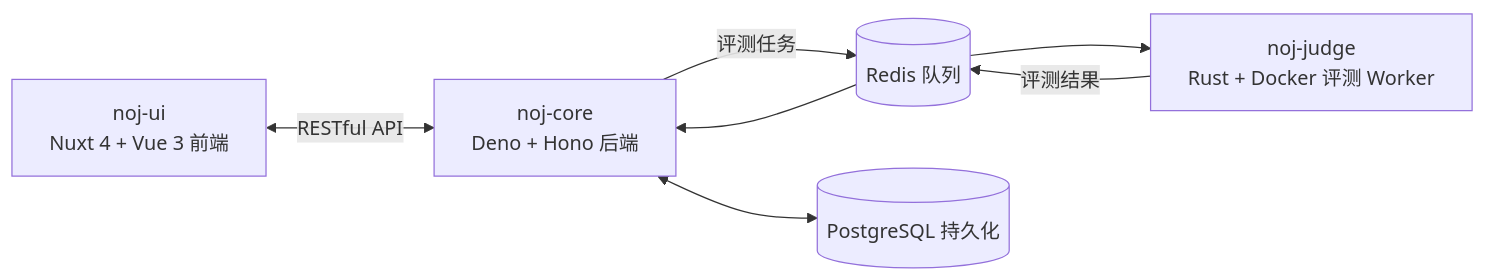
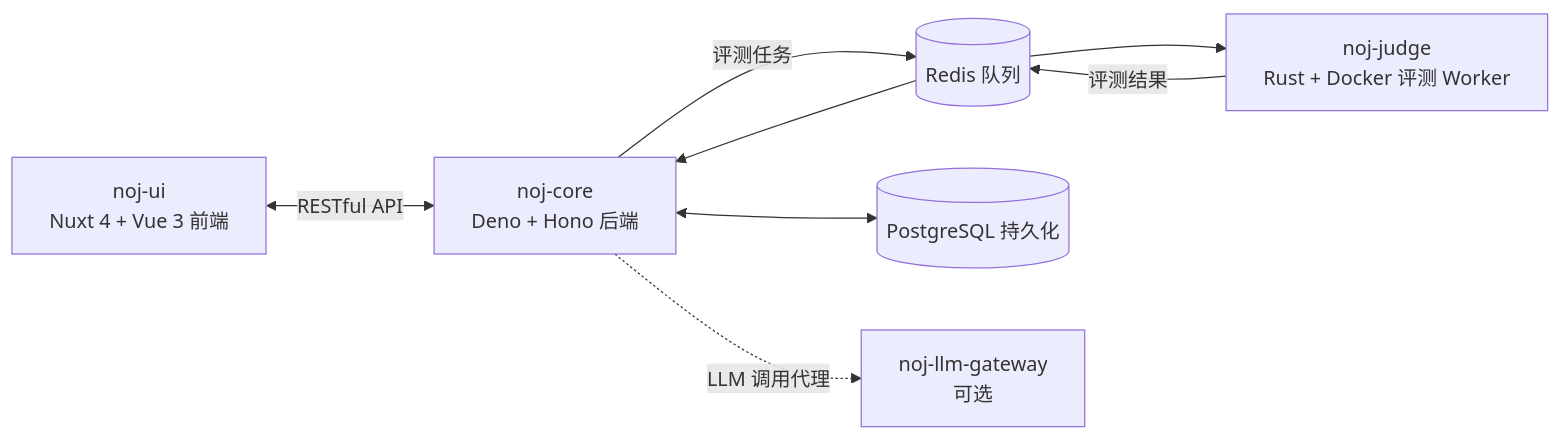
The diagram in noj-docs/docs/intro/what-is-noj.md (Neuro-OJ/neuro-oj), drawn with Mermaid before and after one commit. The commit also changed other lines of this file and 32 other files, not shown here.

````diff
--- a/noj-docs/docs/intro/what-is-noj.md
+++ b/noj-docs/docs/intro/what-is-noj.md
@@ -107,9 +107,10 @@
 ```mermaid
 flowchart LR
     UI[noj-ui<br/>Nuxt 4 + Vue 3 前端] <-->|RESTful API| CORE[noj-core<br/>Deno + Hono 后端]
     CORE -->|评测任务| MQ[(Redis 队列)]
     MQ --> JUDGE[noj-judge<br/>Rust + Docker 评测 Worker]
     JUDGE -->|评测结果| MQ
     MQ --> CORE
     CORE <--> DB[(PostgreSQL 持久化)]
+    CORE -.->|LLM 调用代理| GW[noj-llm-gateway<br/>可选]
 ```
````
